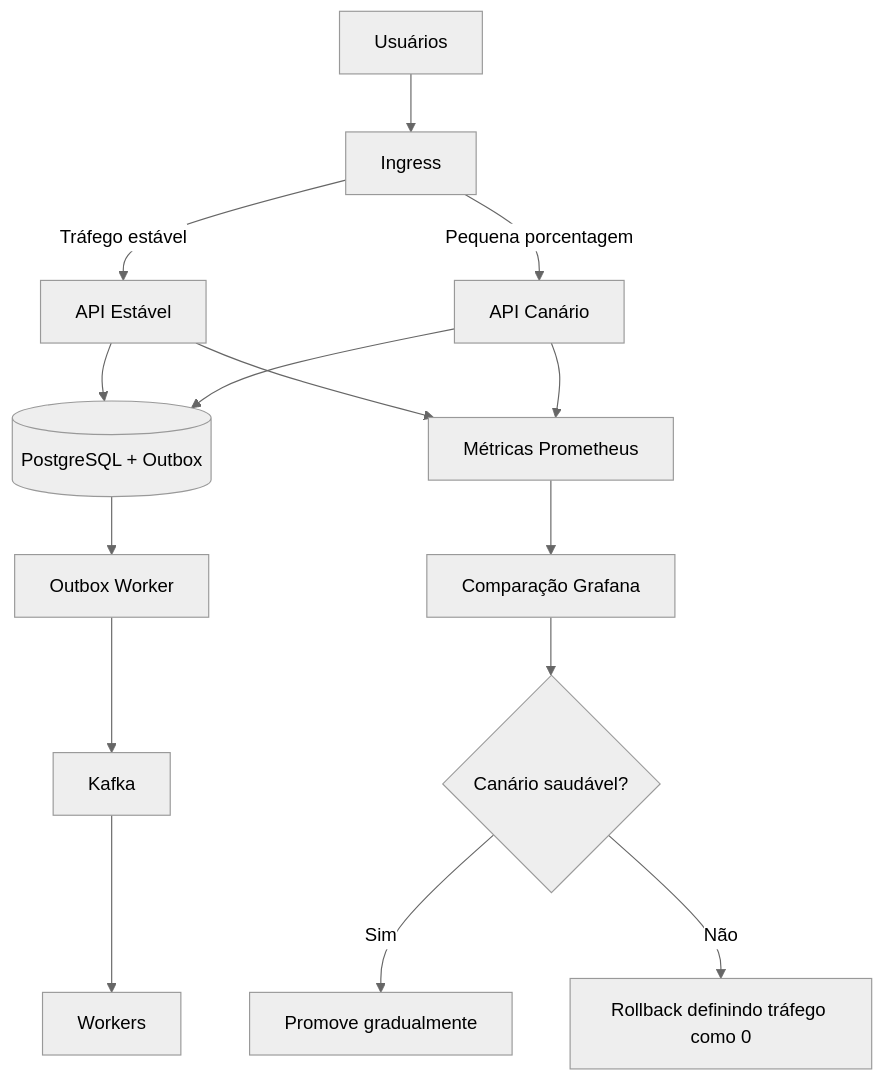
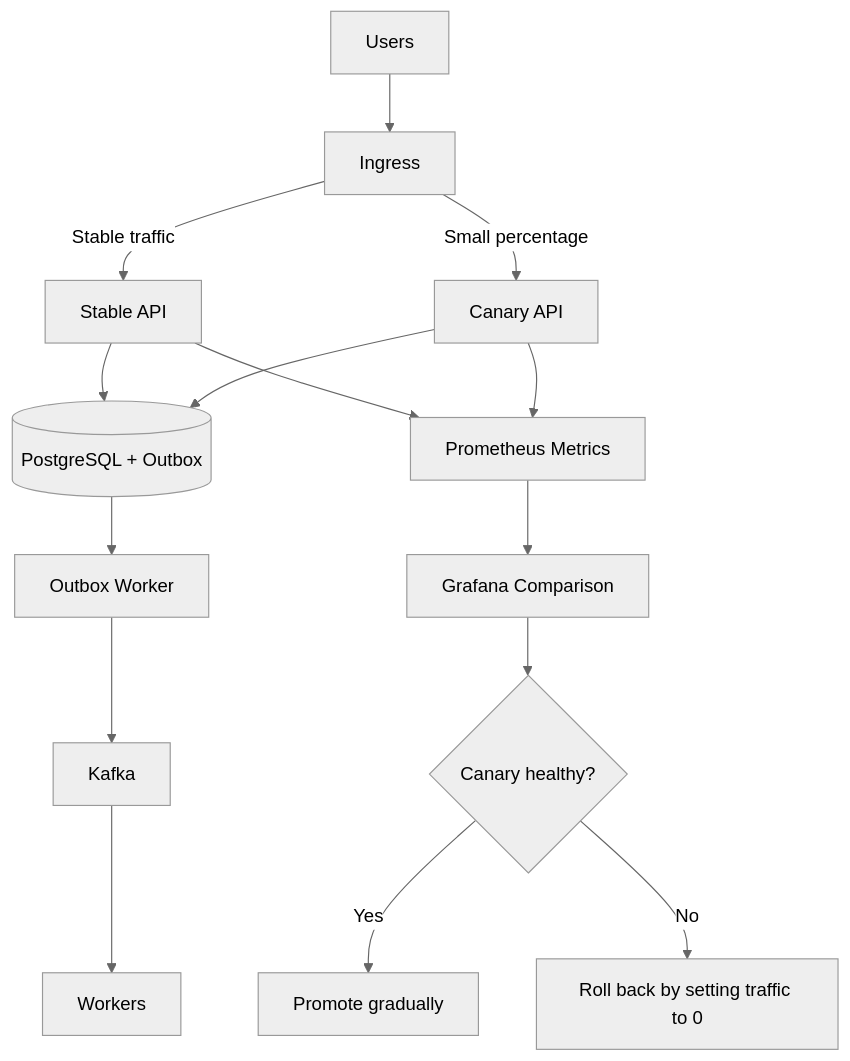
The second of 2 diagrams in event-driven-order-processing-system-main/fullstack-system-design-playbook/docs/reliability-patterns.md (Thiago771414/event-driven-order-processing-system), drawn with Mermaid (neutral theme) before and after one commit. The commit also changed other lines of this file and 19 other files, not shown here.

````diff
--- a/event-driven-order-processing-system-main/fullstack-system-design-playbook/docs/reliability-patterns.md
+++ b/event-driven-order-processing-system-main/fullstack-system-design-playbook/docs/reliability-patterns.md
@@ -84,17 +84,17 @@
 ```mermaid
 flowchart TD
-  U[Usuários] --> I[Ingress]
-  I -->|Tráfego estável| S[API Estável]
-  I -->|Pequena porcentagem| C[API Canário]
+  U[Users] --> I[Ingress]
+  I -->|Stable traffic| S[Stable API]
+  I -->|Small percentage| C[Canary API]
   S --> DB[(PostgreSQL + Outbox)]
   C --> DB
   DB --> OW[Outbox Worker]
   OW --> K[Kafka]
   K --> W[Workers]
-  S --> M[Métricas Prometheus]
+  S --> M[Prometheus Metrics]
   C --> M
-  M --> G[Comparação Grafana]
-  G --> D{Canário saudável?}
-  D -->|Sim| P[Promove gradualmente]
-  D -->|Não| R[Rollback definindo tráfego como 0]
+  M --> G[Grafana Comparison]
+  G --> D{Canary healthy?}
+  D -->|Yes| P[Promote gradually]
+  D -->|No| R[Roll back by setting traffic to 0]
 ```
````
